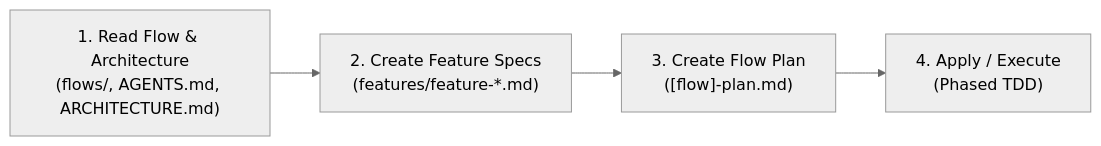
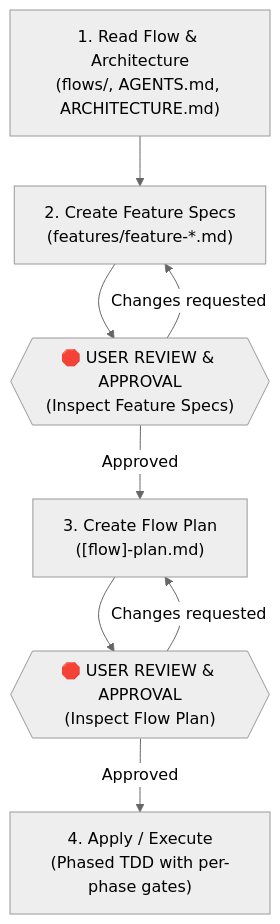
The first of 2 diagrams in .pi/skills/implement-flow/SKILL.md (faparicior/SessioFlow), drawn with Mermaid (neutral theme) before and after one commit. The commit also changed other lines of this file and 1 other file, not shown here.

Commit message:
chore: enforce interactive user-review gates and phase checkpoints in implement-flow skill and plan template

````diff
--- a/.pi/skills/implement-flow/SKILL.md
+++ b/.pi/skills/implement-flow/SKILL.md
@@ -23,6 +32,10 @@
 ```mermaid
-flowchart LR
+flowchart TD
     A["1. Read Flow & Architecture<br/>(flows/, AGENTS.md, ARCHITECTURE.md)"] --> B["2. Create Feature Specs<br/>(features/feature-*.md)"]
-    B --> C["3. Create Flow Plan<br/>([flow]-plan.md)"]
-    C --> D["4. Apply / Execute<br/>(Phased TDD)"]
+    B --> R1{{"🛑 USER REVIEW & APPROVAL<br/>(Inspect Feature Specs)"}}
+    R1 -->|Approved| C["3. Create Flow Plan<br/>([flow]-plan.md)"]
+    R1 -->|Changes requested| B
+    C --> R2{{"🛑 USER REVIEW & APPROVAL<br/>(Inspect Flow Plan)"}}
+    R2 -->|Approved| D["4. Apply / Execute<br/>(Phased TDD with per-phase gates)"]
+    R2 -->|Changes requested| C
 ```
````
